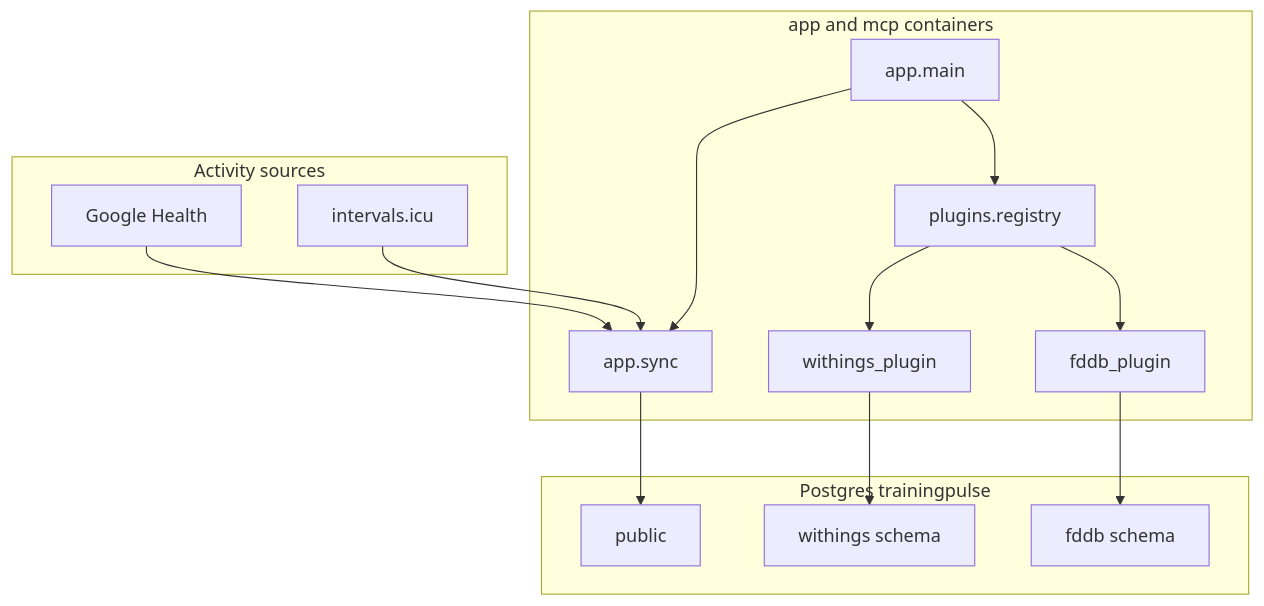
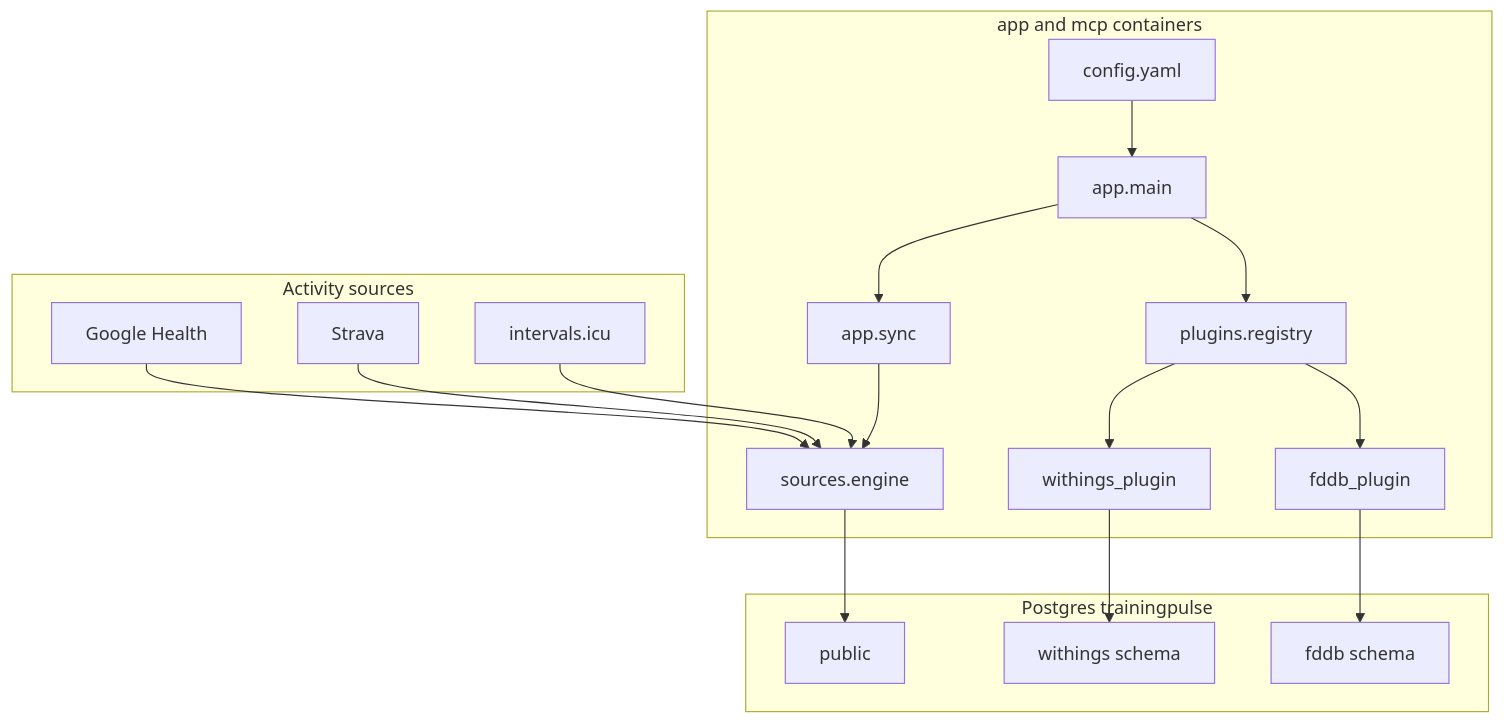
One commit to mkuf/TrainingPulse changed the diagram in DEVELOPERS.md. Above: the diagram before and after it, drawn with Mermaid. The commit also changed other lines of this file and 51 other files, not shown here.

````diff
--- a/DEVELOPERS.md
+++ b/DEVELOPERS.md
@@ -19,26 +20,32 @@
 ```mermaid
 flowchart TB
   subgraph sources [Activity sources]
     ICU[intervals.icu]
+    Strava[Strava]
     GHealth[Google Health]
   end
   subgraph app_container [app and mcp containers]
+    Cfg[config.yaml]
     Main[app.main]
     Sync[app.sync]
+    Engine[sources.engine]
     Reg[plugins.registry]
+    Cfg --> Main
     Main --> Sync
+    Sync --> Engine
     Main --> Reg
     Reg --> Withings[withings_plugin]
     Reg --> Fddb[fddb_plugin]
   end
   subgraph pg [Postgres trainingpulse]
     Public[public]
     Wsch[withings schema]
     Fsch[fddb schema]
   end
-  ICU --> Sync
-  GHealth --> Sync
-  Sync --> Public
+  ICU --> Engine
+  Strava --> Engine
+  GHealth --> Engine
+  Engine --> Public
   Withings --> Wsch
   Fddb --> Fsch
 ```
````
